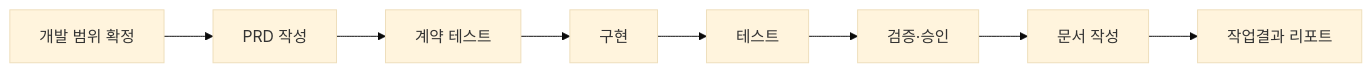
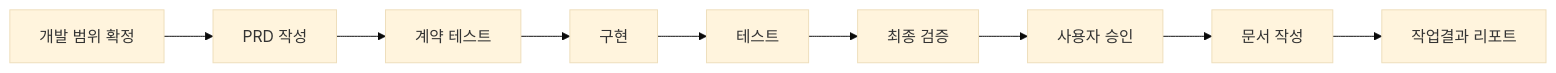
Before and after one commit to kim-svadoz/sugo: the diagram in README.md, drawn with Mermaid (base theme). The commit also changed other lines of this file, not shown here.

````diff
--- a/README.md
+++ b/README.md
@@ -69,4 +69,4 @@
 ```mermaid
 flowchart LR
-    A[개발 범위 확정] --> B[PRD 작성] --> C[계약 테스트] --> D[구현] --> E[테스트] --> F[검증·승인] --> G[문서 작성] --> H[작업결과 리포트]
+    A[개발 범위 확정] --> B[PRD 작성] --> C[계약 테스트] --> D[구현] --> E[테스트] --> F[최종 검증] --> G[사용자 승인] --> H[문서 작성] --> I[작업결과 리포트]
 ```
````
